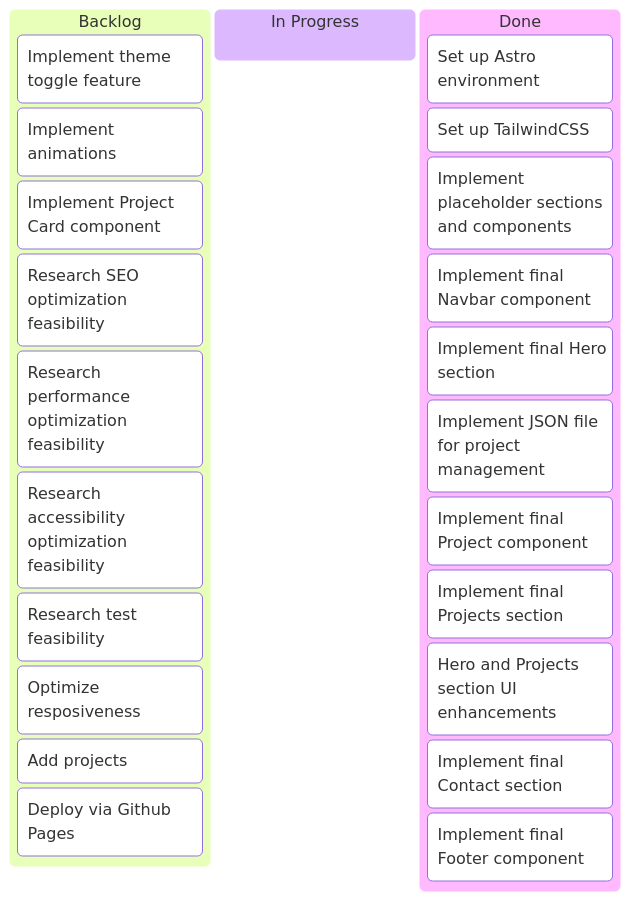
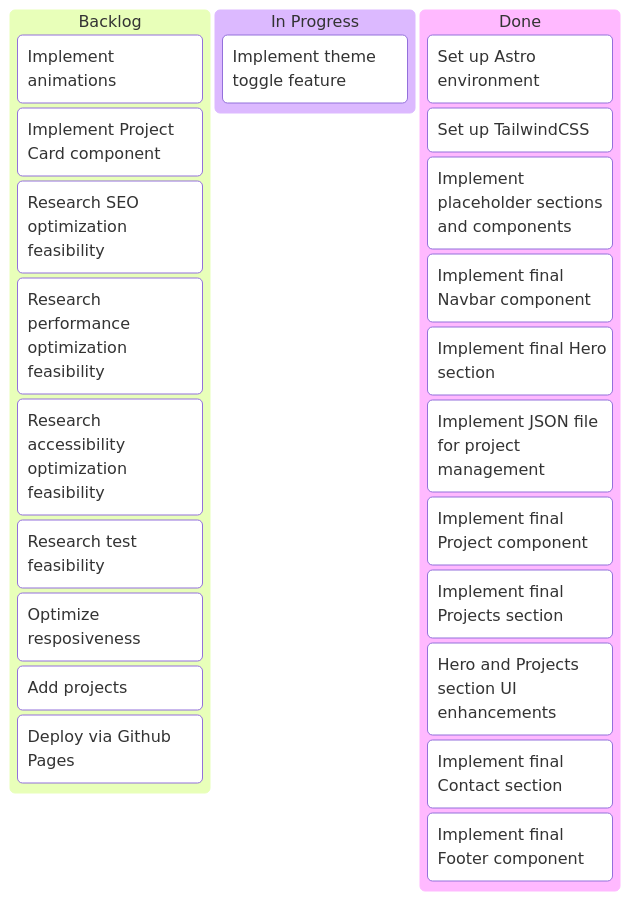
The diagram in docs/kanban.md (CantarinoG/portfolio), drawn with Mermaid before and after one commit. The commit also changed other lines of this file and 7 other files, not shown here.

Commit message:
feat: Add theme toggle feature

````diff
--- a/docs/kanban.md
+++ b/docs/kanban.md
@@ -1,27 +1,27 @@
 ```mermaid
 kanban
   stage1[Backlog]
-    card15[Implement theme toggle feature]
     card16[Implement animations]
     card27[Implement Project Card component]
     card17[Research SEO optimization feasibility]
     card18[Research performance optimization feasibility]
     card19[Research accessibility optimization feasibility]
     card21[Research test feasibility]
     card23[Optimize resposiveness]
     card25[Add projects]
     card20[Deploy via Github Pages]
   stage2[In Progress]
+    card15[Implement theme toggle feature]
   stage3[Done]
     card1[Set up Astro environment]
     card24[Set up TailwindCSS]
     card5[Implement placeholder sections and components]
     card6[Implement final Navbar component]
     card7[Implement final Hero section]
     card22[Implement JSON file for project management]
     card8[Implement final Project component]
     card11[Implement final Projects section]
     card26[Hero and Projects section UI enhancements]
     card12[Implement final Contact section]
     card14[Implement final Footer component]
 ```
````
